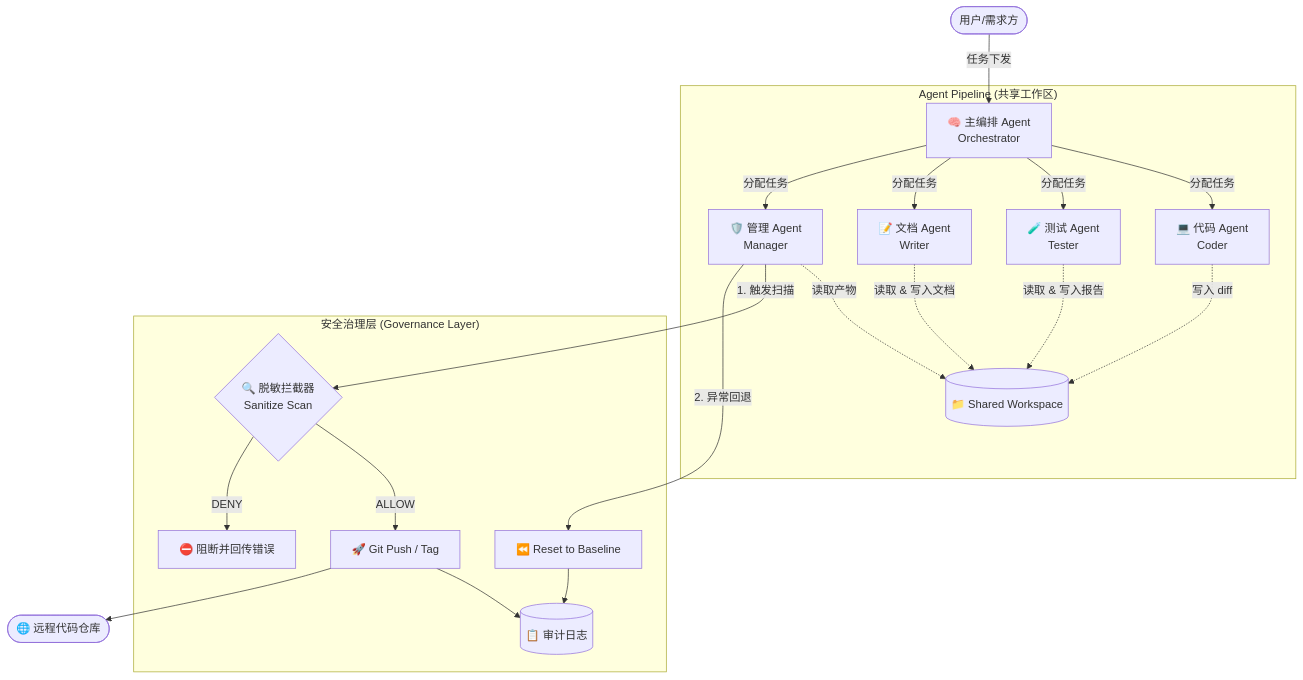
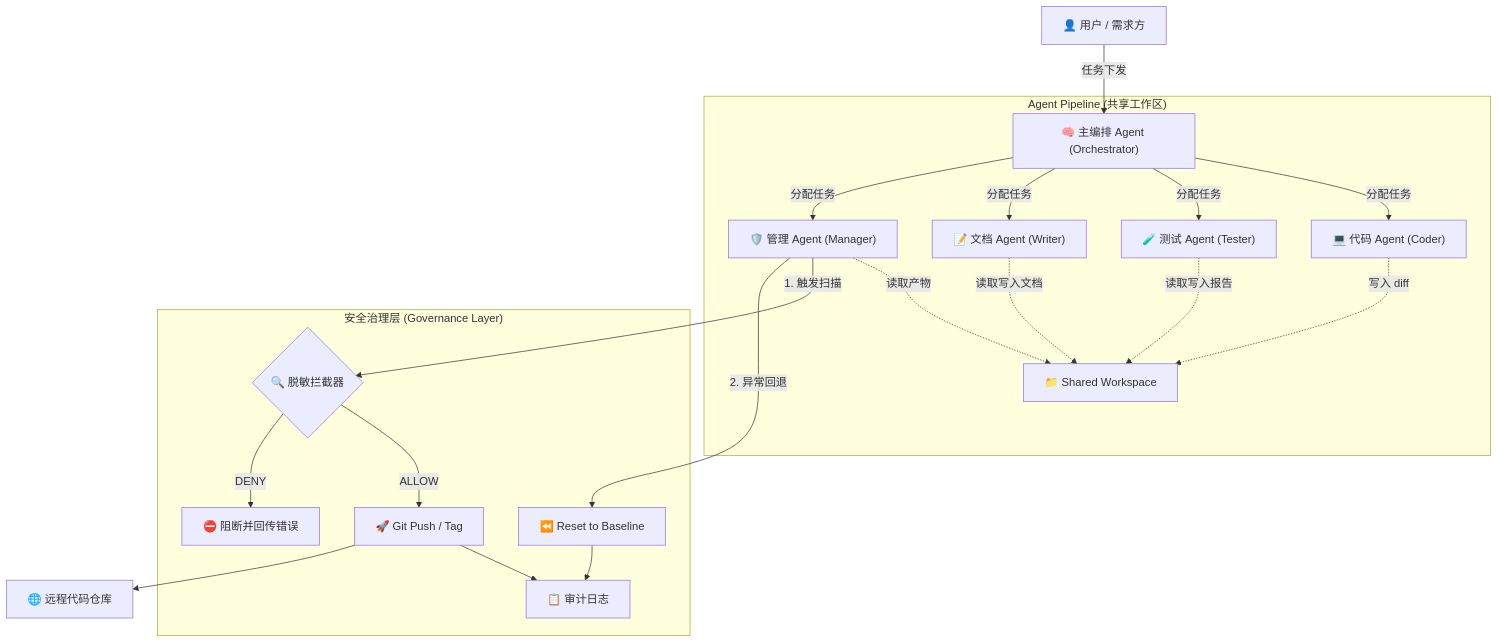
Before and after one commit to PPACT/AgentSentinel: the diagram in README.md, drawn with Mermaid.

Commit message:
docs: 调整 mermaid 节点标签写法，修复架构图渲染

````diff
--- a/README.md
+++ b/README.md
@@ -39,27 +39,27 @@
 ```mermaid
 graph TD
-    User([用户/需求方]) -->|任务下发| Orchestrator[🧠 主编排 Agent<br/>Orchestrator]
+    User["👤 用户 / 需求方"] -->|任务下发| Orchestrator["🧠 主编排 Agent (Orchestrator)"]
 
     subgraph "Agent Pipeline (共享工作区)"
-        Orchestrator -->|分配任务| Coder[💻 代码 Agent<br/>Coder]
-        Orchestrator -->|分配任务| Tester[🧪 测试 Agent<br/>Tester]
-        Orchestrator -->|分配任务| Writer[📝 文档 Agent<br/>Writer]
-        Orchestrator -->|分配任务| Manager[🛡️ 管理 Agent<br/>Manager]
+        Orchestrator -->|分配任务| Coder["💻 代码 Agent (Coder)"]
+        Orchestrator -->|分配任务| Tester["🧪 测试 Agent (Tester)"]
+        Orchestrator -->|分配任务| Writer["📝 文档 Agent (Writer)"]
+        Orchestrator -->|分配任务| Manager["🛡️ 管理 Agent (Manager)"]
 
-        Coder -.->|写入 diff| SharedWorkspace[(📁 Shared Workspace)]
-        Tester -.->|读取 & 写入报告| SharedWorkspace
-        Writer -.->|读取 & 写入文档| SharedWorkspace
+        Coder -.->|写入 diff| SharedWorkspace["📁 Shared Workspace"]
+        Tester -.->|读取写入报告| SharedWorkspace
+        Writer -.->|读取写入文档| SharedWorkspace
         Manager -.->|读取产物| SharedWorkspace
     end
 
     subgraph "安全治理层 (Governance Layer)"
-        Manager -->|1. 触发扫描| Sanitizer{🔍 脱敏拦截器<br/>Sanitize Scan}
-        Sanitizer -->|ALLOW| GitPush[🚀 Git Push / Tag]
-        Sanitizer -->|DENY| Block[⛔ 阻断并回传错误]
-        Manager -->|2. 异常回退| GitReset[⏪ Reset to Baseline]
-        GitPush --> AuditLog[(📋 审计日志)]
+        Manager -->|1. 触发扫描| Sanitizer{"🔍 脱敏拦截器"}
+        Sanitizer -->|ALLOW| GitPush["🚀 Git Push / Tag"]
+        Sanitizer -->|DENY| Block["⛔ 阻断并回传错误"]
+        Manager -->|2. 异常回退| GitReset["⏪ Reset to Baseline"]
+        GitPush --> AuditLog["📋 审计日志"]
         GitReset --> AuditLog
     end
 
-    GitPush --> RemoteRepo([🌐 远程代码仓库])
+    GitPush --> RemoteRepo["🌐 远程代码仓库"]
 ```
````
